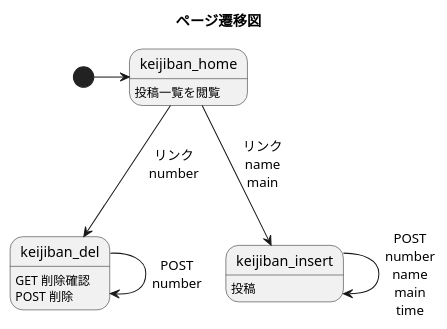
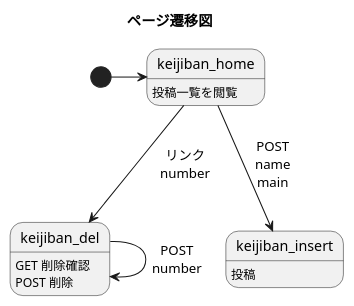
One commit to kimurakazu/example changed the diagram in uml/senni.pu. Above: the diagram before and after it, drawn with PlantUML.

Commit message:
画面遷移図

```diff
--- a/uml/senni.pu
+++ b/uml/senni.pu
@@ -1,12 +1,11 @@
 @startuml
 title ページ遷移図
 keijiban_home: 投稿一覧を閲覧
 keijiban_del:GET 削除確認\nPOST 削除
 keijiban_insert:投稿
 
 [*]->keijiban_home
 keijiban_home-->keijiban_del:リンク\nnumber
 keijiban_del-->keijiban_del:POST\nnumber
-keijiban_home-->keijiban_insert:リンク\nname\nmain
-keijiban_insert-->keijiban_insert:POST\nnumber\nname\nmain\ntime
+keijiban_home-->keijiban_insert:POST\nname\nmain
 @enduml
```
